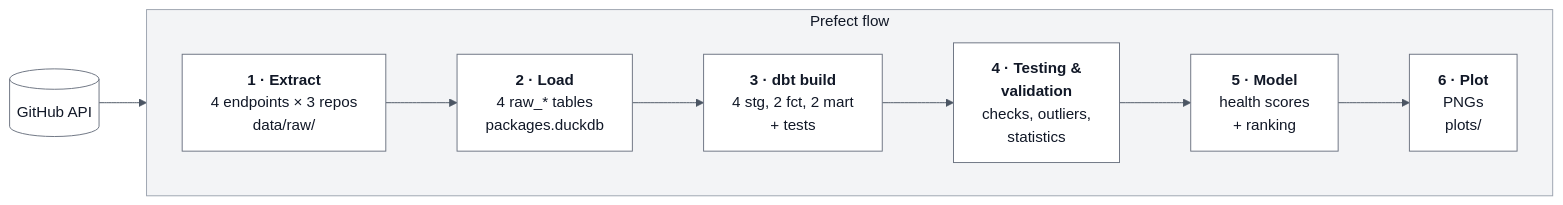
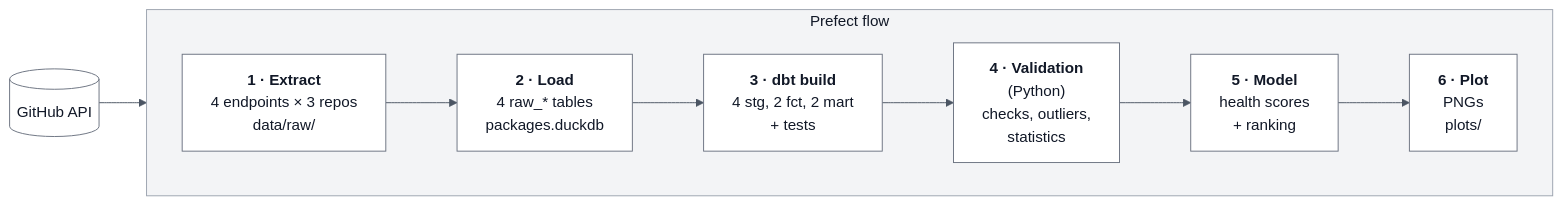
Before and after one commit to uvasds-systems/dp2-package-health: the diagram in README.md, drawn with Mermaid (base theme). The commit also changed other lines of this file and 1 other file, not shown here.

````diff
--- a/README.md
+++ b/README.md
@@ -15,12 +15,12 @@
 ```mermaid
 flowchart LR
     api[(GitHub API)] --> t1
     subgraph flow [Prefect flow]
         direction LR
-        t1["<b>1 · Extract</b><br/>4 endpoints × 3 repos<br/>data/raw/"] --> t2["<b>2 · Load</b><br/>4 raw_* tables<br/>packages.duckdb"] --> t3["<b>3 · dbt build</b><br/>4 stg, 2 fct, 2 mart<br/>+ tests"] --> t4["<b>4 · Testing &<br/>validation</b><br/>checks, outliers,<br/>statistics"] --> t5["<b>5 · Model</b><br/>health scores<br/>+ ranking"] --> t6["<b>6 · Plot</b><br/>PNGs<br/>plots/"]
+        t1["<b>1 · Extract</b><br/>4 endpoints × 3 repos<br/>data/raw/"] --> t2["<b>2 · Load</b><br/>4 raw_* tables<br/>packages.duckdb"] --> t3["<b>3 · dbt build</b><br/>4 stg, 2 fct, 2 mart<br/>+ tests"] --> t4["<b>4 · Validation</b><br/>(Python)<br/>checks, outliers,<br/>statistics"] --> t5["<b>5 · Model</b><br/>health scores<br/>+ ranking"] --> t6["<b>6 · Plot</b><br/>PNGs<br/>plots/"]
     end
     classDef box fill:#ffffff,stroke:#6b7280,color:#111827
     class api,t1,t2,t3,t4,t5,t6 box
     style flow fill:#f3f4f6,stroke:#9ca3af,color:#111827
     linkStyle default stroke:#4b5563
 ```
````
